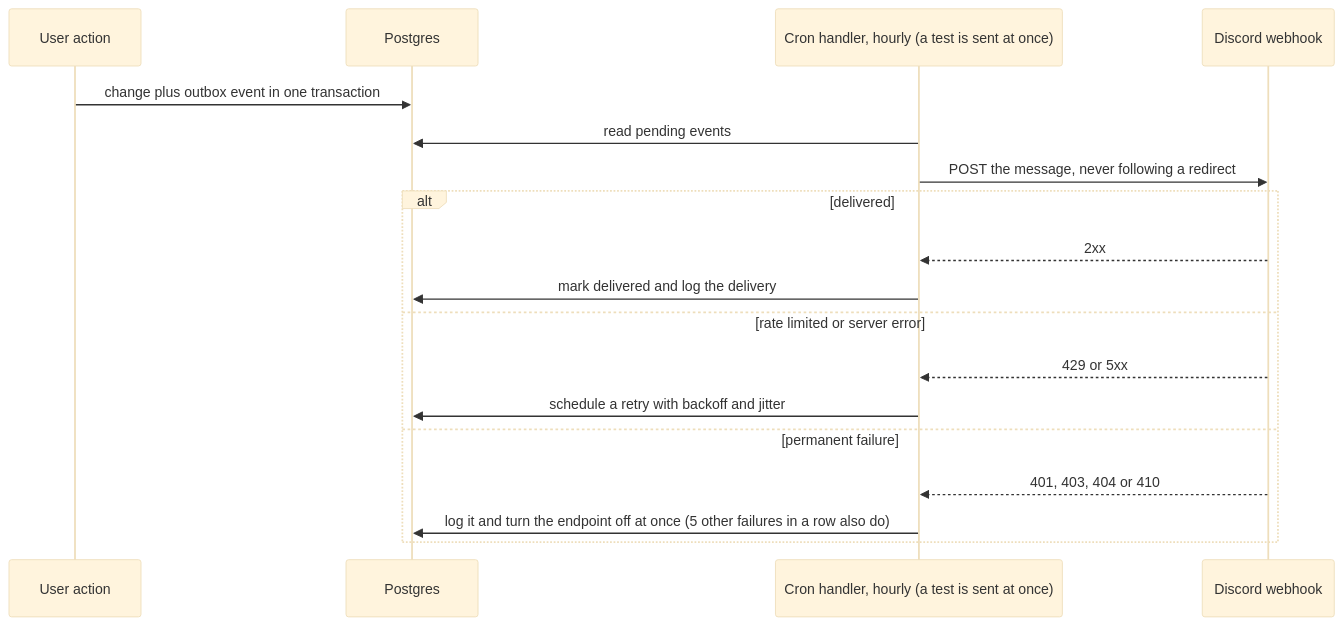
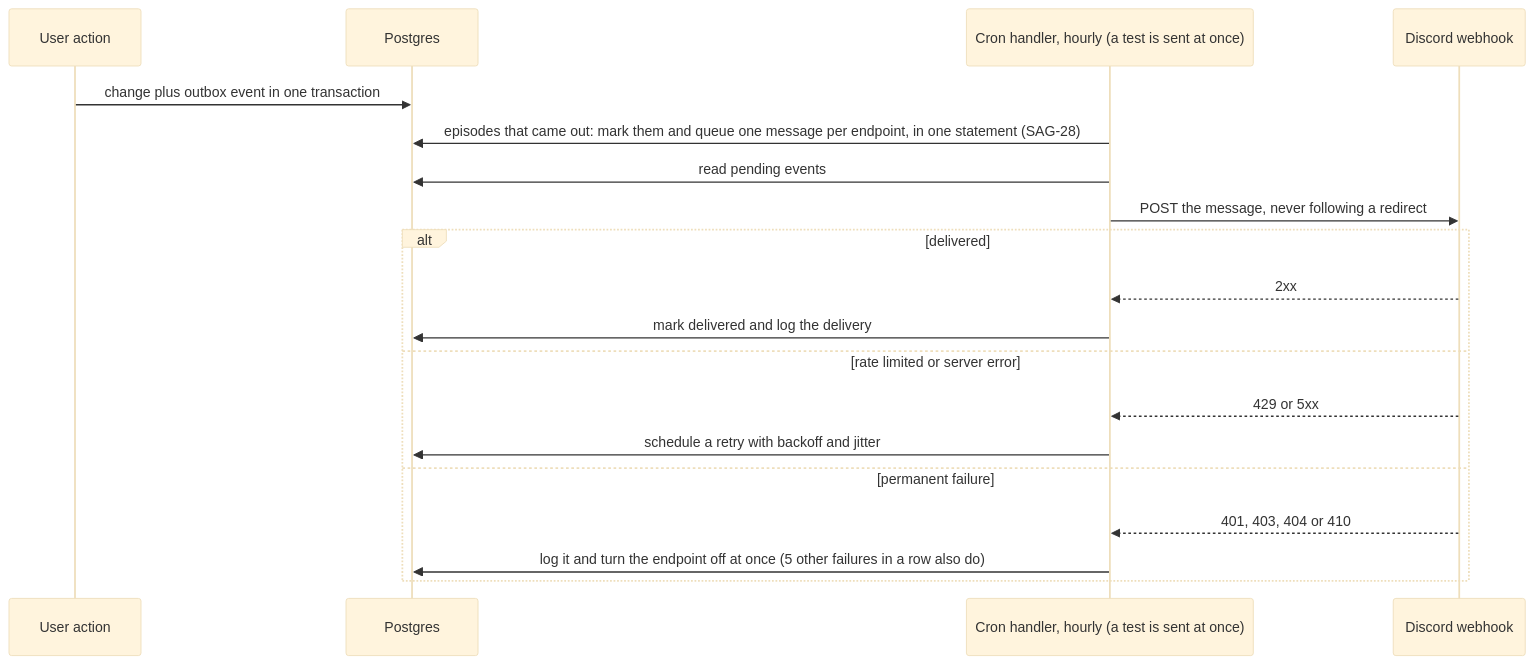
Before and after one commit to moyfdzz/sagashelf: the fourth of 6 diagrams in docs/architecture.md, drawn with Mermaid (base theme). The commit also changed other lines of this file and 23 other files, not shown here.

First line of the commit message:
feat(SAG-28): tell people when a new episode of what they watch comes out (#97)

````diff
--- a/docs/architecture.md
+++ b/docs/architecture.md
@@ -97,21 +97,22 @@
 ```mermaid
 sequenceDiagram
   participant U as User action
   participant DB as Postgres
   participant C as Cron handler, hourly (a test is sent at once)
   participant D as Discord webhook
 
   U->>DB: change plus outbox event in one transaction
+  C->>DB: episodes that came out: mark them and queue one message per endpoint, in one statement (SAG-28)
   C->>DB: read pending events
   C->>D: POST the message, never following a redirect
   alt delivered
     D-->>C: 2xx
     C->>DB: mark delivered and log the delivery
   else rate limited or server error
     D-->>C: 429 or 5xx
     C->>DB: schedule a retry with backoff and jitter
   else permanent failure
     D-->>C: 401, 403, 404 or 410
     C->>DB: log it and turn the endpoint off at once (5 other failures in a row also do)
   end
 ```
````
